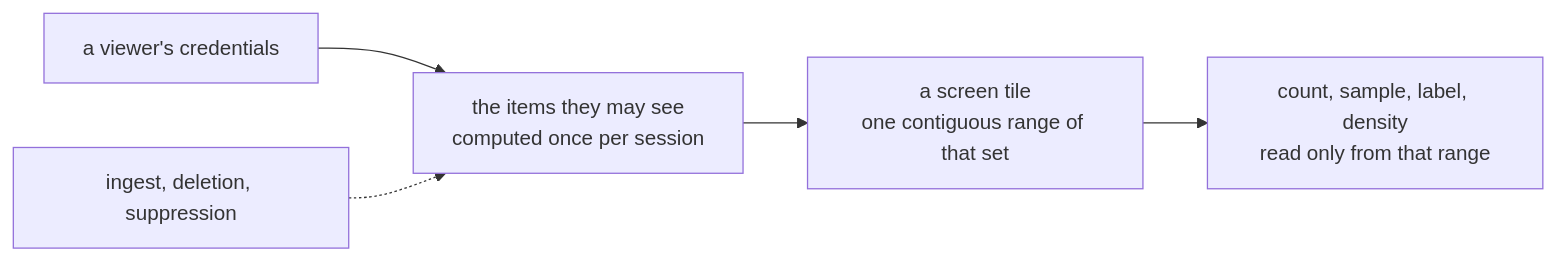
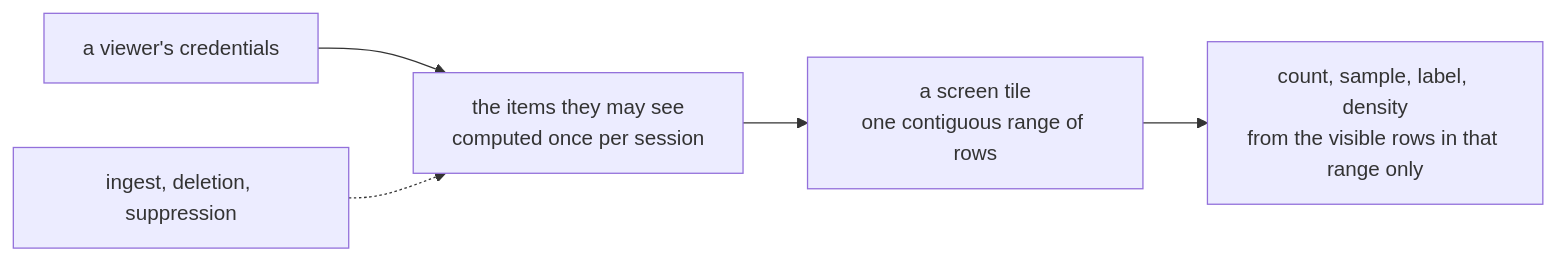
One commit to jennis0/tesseradb changed the diagram in docs/system/overview.md. Above: the diagram before and after it, drawn with Mermaid. The commit also changed other lines of this file, not shown here.

Commit message:
docs(system): overview: drop the OOM-killed surnames run from the scale table; tiles are ranges of rows; plainer guarantees

````diff
--- a/docs/system/overview.md
+++ b/docs/system/overview.md
@@ -129,7 +126,7 @@
 ```mermaid
 flowchart LR
   cred["a viewer's credentials"] --> vis["the items they may see<br/>computed once per session"]
-  vis --> tile["a screen tile<br/>one contiguous range of that set"]
-  tile --> out["count, sample, label, density<br/>read only from that range"]
+  vis --> tile["a screen tile<br/>one contiguous range of rows"]
+  tile --> out["count, sample, label, density<br/>from the visible rows in that range only"]
   ingest["ingest, deletion, suppression"] -.-> vis
 ```
````
